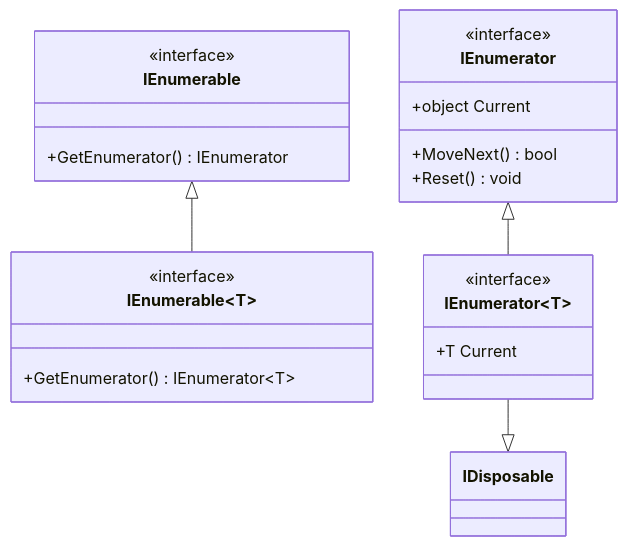
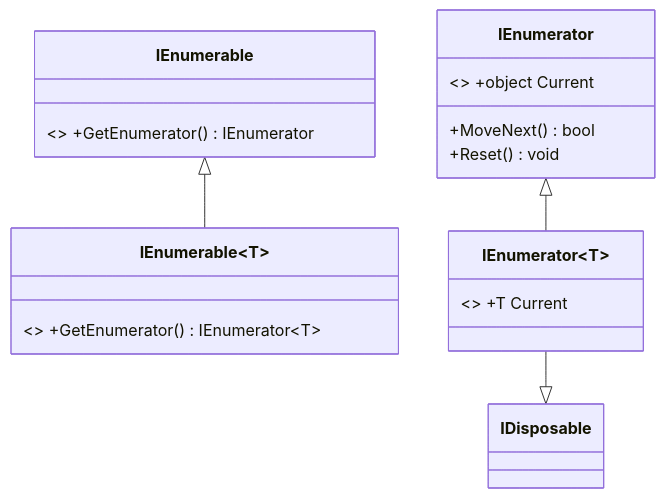
Before and after one commit to MrTomkaYurii/CSharp-OOP-Mastery: the diagram in 03-Csharp-Mechanics/03-Enumerators-And-Iterators/Docs/01_IEnumerable_And_IEnumerator_Protocols.md, drawn with Mermaid. The commit also changed 79 other files, not shown here.

````diff
--- a/03-Csharp-Mechanics/03-Enumerators-And-Iterators/Docs/01_IEnumerable_And_IEnumerator_Protocols.md
+++ b/03-Csharp-Mechanics/03-Enumerators-And-Iterators/Docs/01_IEnumerable_And_IEnumerator_Protocols.md
@@ -12,24 +12,20 @@
 ```mermaid
 classDiagram
     class IEnumerable {
-        <<interface>>
-        +GetEnumerator() IEnumerator
+        <<interface>> +GetEnumerator() IEnumerator
     }
     class IEnumerator {
-        <<interface>>
-        +object Current
+        <<interface>> +object Current
         +MoveNext() bool
         +Reset() void
     }
     class IEnumerable_T["IEnumerable&lt;T&gt;"] {
-        <<interface>>
-        +GetEnumerator() IEnumerator&lt;T&gt;
+        <<interface>> +GetEnumerator() IEnumerator&lt;T&gt;
     }
     class IEnumerator_T["IEnumerator&lt;T&gt;"] {
-        <<interface>>
-        +T Current
+        <<interface>> +T Current
     }
     IEnumerable <|-- IEnumerable_T
     IEnumerator <|-- IEnumerator_T
     IEnumerator_T --|> IDisposable
 ```
````
